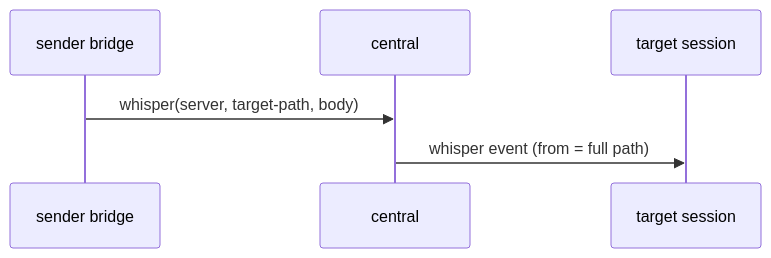
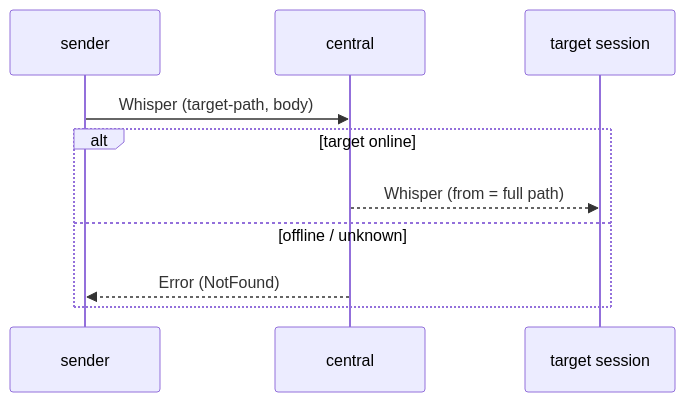
One commit to twitchax/conclave changed the third of 4 diagrams in README.md. Above: the diagram before and after it, drawn with Mermaid. The commit also changed other lines of this file and 8 other files, not shown here.

````diff
--- a/README.md
+++ b/README.md
@@ -97,8 +101,12 @@
 ```mermaid
 sequenceDiagram
-    participant A as sender bridge
+    participant A as sender
     participant S as central
     participant T as target session
-    A->>S: whisper(server, target-path, body)
-    S->>T: whisper event (from = full path)
+    A->>S: Whisper (target-path, body)
+    alt target online
+        S-->>T: Whisper (from = full path)
+    else offline / unknown
+        S-->>A: Error (NotFound)
+    end
 ```
````
